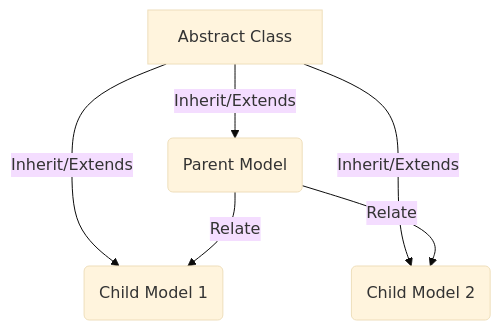
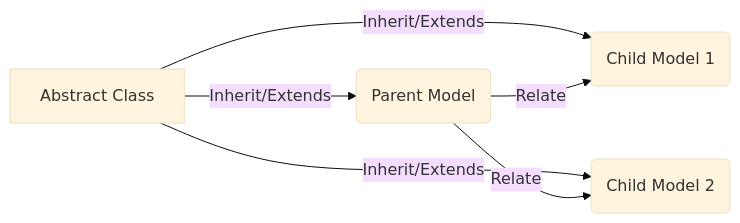
One commit to okedialf/keditance changed the diagram in README.md. Above: the diagram before and after it, drawn with Mermaid (base theme).

Commit message:
keditance effect

````diff
--- a/README.md
+++ b/README.md
@@ -4,10 +4,10 @@
 ```mermaid
-graph
+graph LR
 A[Abstract Class] -- Inherit/Extends --> B(Parent Model)
 A -- Inherit/Extends --> C(Child Model 1)
 A -- Inherit/Extends --> D(Child Model 2)
 
 B --Relate--> C
 B --Relate--> D
 
 ```
````
